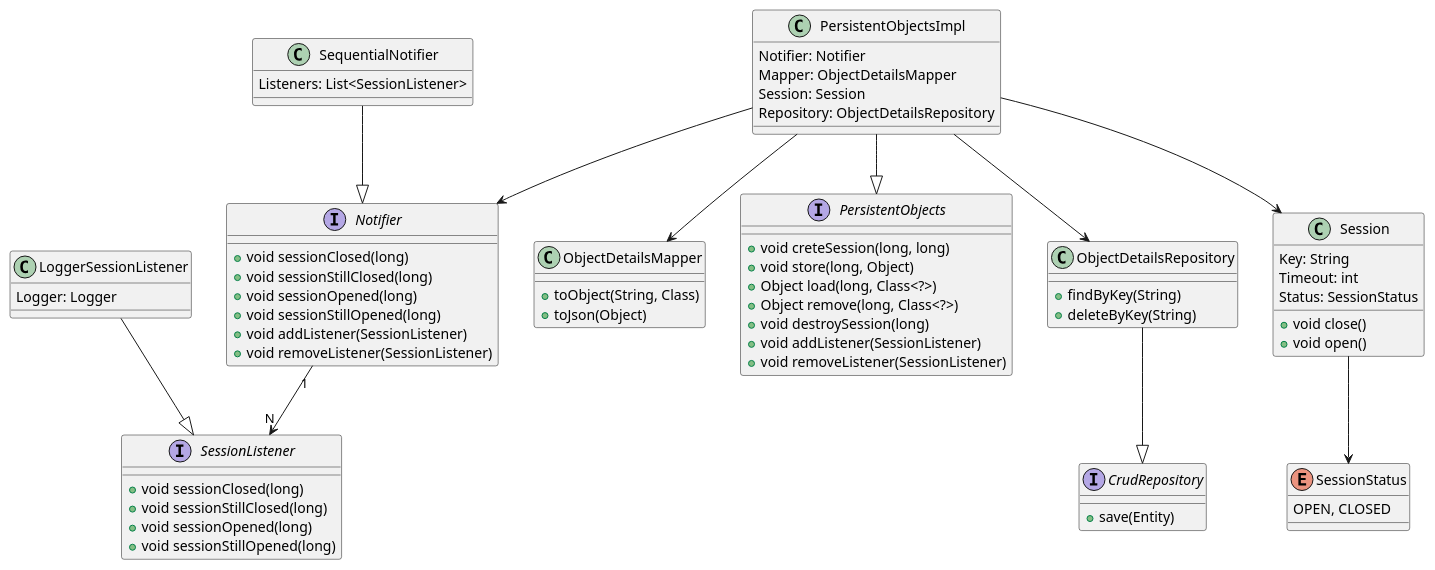
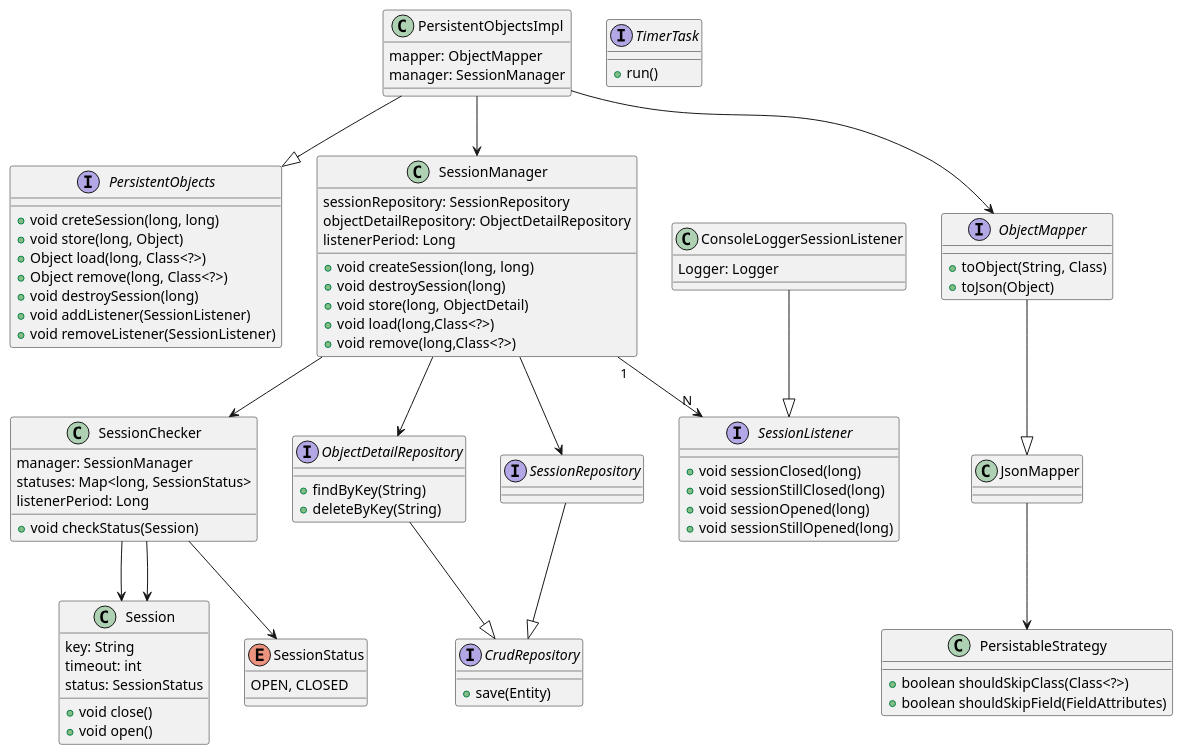
One commit to sebastiangilberto/utn-palg-2c2022-tp changed the diagram in src/main/resources/static/diagrama-clases.PU. Above: the diagram before and after it, drawn with PlantUML. The commit also changed 1 other file, not shown here.

Commit message:
diagrama de clases actualizado

```diff
--- a/src/main/resources/static/diagrama-clases.PU
+++ b/src/main/resources/static/diagrama-clases.PU
@@ -1,81 +1,106 @@
 @startuml
 
 interface PersistentObjects {
   +void creteSession(long, long)
   +void store(long, Object)
   +Object load(long, Class<?>)
   +Object remove(long, Class<?>)
   +void destroySession(long)
   +void addListener(SessionListener)
   +void removeListener(SessionListener)
 }
 
 class PersistentObjectsImpl {
-  Notifier: Notifier
-  Mapper: ObjectDetailsMapper
-  Session: Session
-  Repository: ObjectDetailsRepository
-}
-
-interface Notifier {
-  +void sessionClosed(long)
-  +void sessionStillClosed(long)
-  +void sessionOpened(long)
-  +void sessionStillOpened(long)
-  +void addListener(SessionListener)
-  +void removeListener(SessionListener)
-}
-
-class SequentialNotifier {
-  Listeners: List<SessionListener>
+  mapper: ObjectMapper
+  manager: SessionManager
 }
 
 interface SessionListener {
   +void sessionClosed(long)
   +void sessionStillClosed(long)
   +void sessionOpened(long)
   +void sessionStillOpened(long)
 }
 
-class LoggerSessionListener {
+class ConsoleLoggerSessionListener {
   Logger: Logger
 }
 
 class Session {
-  Key: String
-  Timeout: int
-  Status: SessionStatus
+  key: String
+  timeout: int
+  status: SessionStatus
   +void close()
   +void open()
 }
 
-enum SessionStatus{
-  OPEN, CLOSED
+class SessionManager {
+  sessionRepository: SessionRepository
+  objectDetailRepository: ObjectDetailRepository
+  listenerPeriod: Long
+  +void createSession(long, long)
+  +void destroySession(long)
+  +void store(long, ObjectDetail)
+  +void load(long,Class<?>)
+  +void remove(long,Class<?>)
 }
 
-class ObjectDetailsMapper {
+class SessionChecker {
+  manager: SessionManager
+  statuses: Map<long, SessionStatus>
+  listenerPeriod: Long
+  +void checkStatus(Session)
+}
+
+
+interface TimerTask {
+  +run()
+}
+
+interface ObjectMapper {
   +toObject(String, Class)
   +toJson(Object)
 }
 
-class ObjectDetailsRepository {
+class PersistableStrategy {
++ boolean shouldSkipClass(Class<?>)
++ boolean shouldSkipField(FieldAttributes)
+}
+
+class JsonMapper {
+}
+
+interface ObjectDetailRepository {
   +findByKey(String)
   +deleteByKey(String)
+}
+
+interface SessionRepository {
 }
 
 interface CrudRepository{
   +save(Entity)
 }
 
-LoggerSessionListener --|> SessionListener
+enum SessionStatus{
+OPEN, CLOSED
+}
+
+ConsoleLoggerSessionListener --|> SessionListener
 PersistentObjectsImpl --|> PersistentObjects
-PersistentObjectsImpl --> Session
-PersistentObjectsImpl --> ObjectDetailsMapper
-PersistentObjectsImpl --> ObjectDetailsRepository
-PersistentObjectsImpl --> Notifier
-SequentialNotifier --|> Notifier
-Notifier "1" --> "N" SessionListener
-Session --> SessionStatus
-ObjectDetailsRepository --|> CrudRepository
+PersistentObjectsImpl --> SessionManager
+PersistentObjectsImpl --> ObjectMapper
+SessionManager --> ObjectDetailRepository
+SessionManager --> SessionRepository
+SessionManager --> SessionChecker
+SessionChecker --> Session
+SessionChecker --> Session
+SessionChecker --> SessionStatus
+SessionManager "1" --> "N" SessionListener
+ObjectDetailRepository --|> CrudRepository
+SessionRepository --|> CrudRepository
+ObjectMapper --|> JsonMapper
+JsonMapper --> PersistableStrategy
+
 
 @enduml
```
